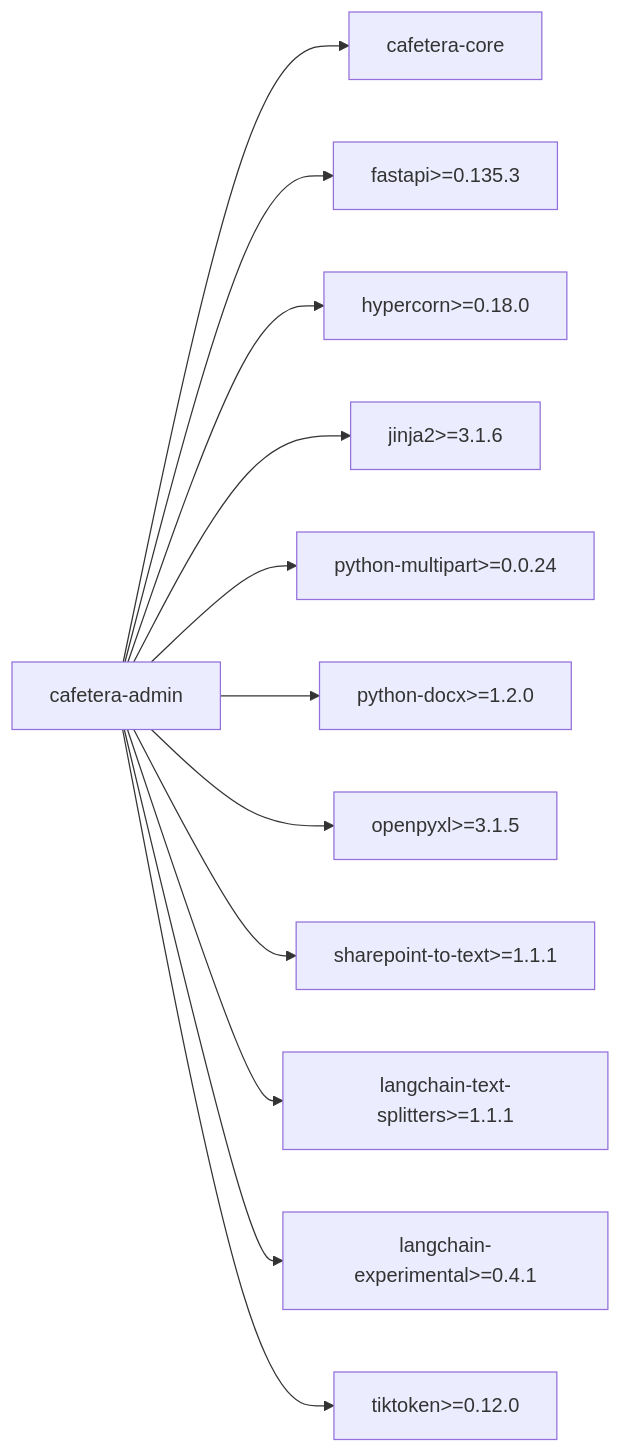
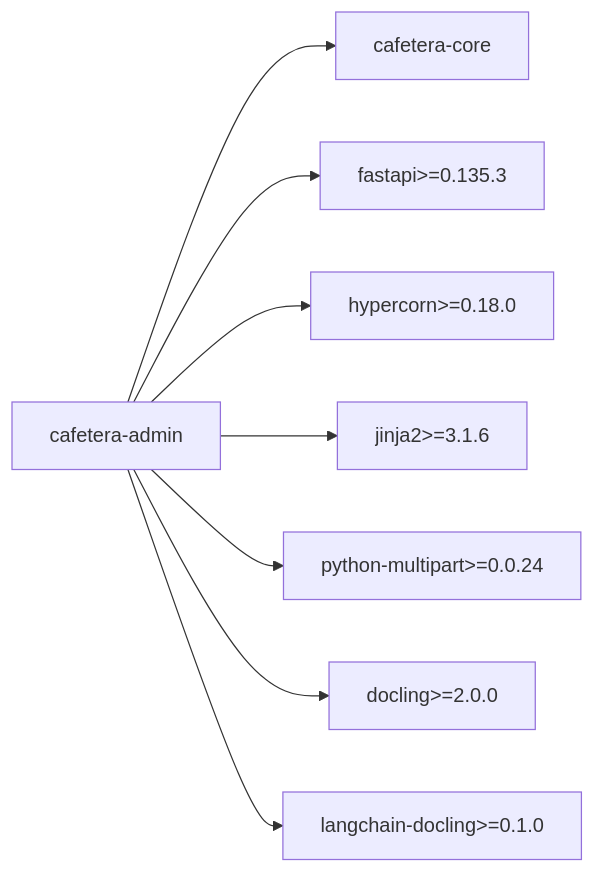
Before and after one commit to ognelis/cafetera_hr_bot: the ninth of 9 diagrams in .qoder/repowiki/en/content/VK Integration/Admin Package Integration.md, drawn with Mermaid. The commit also changed other lines of this file and 5 other files, not shown here.

````diff
--- a/.qoder/repowiki/en/content/VK Integration/Admin Package Integration.md
+++ b/.qoder/repowiki/en/content/VK Integration/Admin Package Integration.md
@@ -312,26 +331,18 @@
 ```mermaid
 graph LR
 ADMIN["cafetera-admin"]
 CORE["cafetera-core"]
 FASTAPI["fastapi>=0.135.3"]
 HYPERCORN["hypercorn>=0.18.0"]
 JINJA["jinja2>=3.1.6"]
 MULTIPART["python-multipart>=0.0.24"]
-DOCX["python-docx>=1.2.0"]
-XLSX["openpyxl>=3.1.5"]
-SHAREPOINT["sharepoint-to-text>=1.1.1"]
-SPLITTERS["langchain-text-splitters>=1.1.1"]
-EXPERIMENTAL["langchain-experimental>=0.4.1"]
-TIKTOKEN["tiktoken>=0.12.0"]
+DOCING["docling>=2.0.0"]
+LANGCHAIN_DOCLING["langchain-docling>=0.1.0"]
 ADMIN --> CORE
 ADMIN --> FASTAPI
 ADMIN --> HYPERCORN
 ADMIN --> JINJA
 ADMIN --> MULTIPART
-ADMIN --> DOCX
-ADMIN --> XLSX
-ADMIN --> SHAREPOINT
-ADMIN --> SPLITTERS
-ADMIN --> EXPERIMENTAL
-ADMIN --> TIKTOKEN
+ADMIN --> DOCING
+ADMIN --> LANGCHAIN_DOCLING
 ```
````
